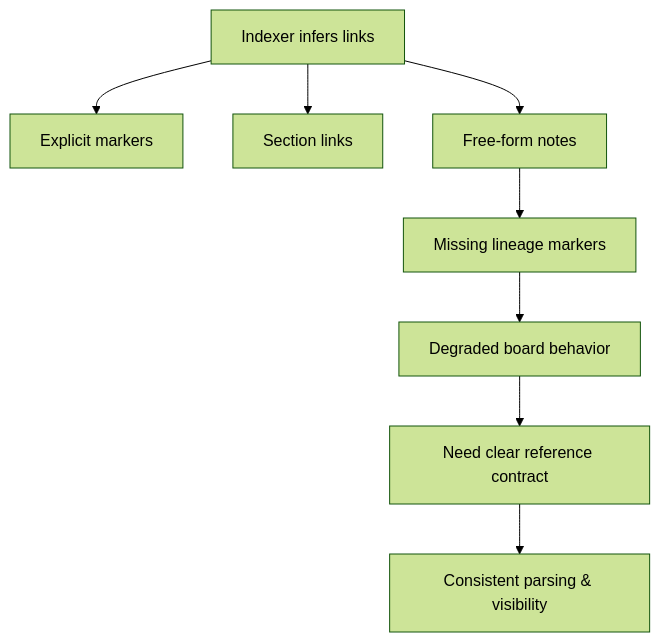
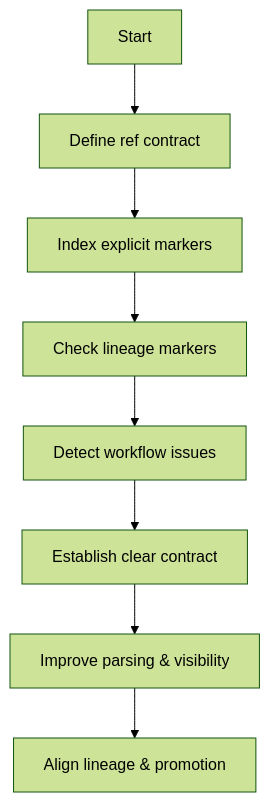
Before and after one commit to AlexAgo83/logics-manager: the diagram in logics/request/req_007_logics_references_compatibility_with_cdx_logics_vscode.md, drawn with Mermaid (forest theme). The commit also changed 19 other files, not shown here.

````diff
--- a/logics/request/req_007_logics_references_compatibility_with_cdx_logics_vscode.md
+++ b/logics/request/req_007_logics_references_compatibility_with_cdx_logics_vscode.md
@@ -10,12 +10,12 @@
 ```mermaid
 %% logics-kind: request
 %% logics-signature: request|logics-references-compatibility-with-cdx|make-logics-references-consistently-pars|ac1-a-documented-reference-contract-is
 flowchart TD
-  A[Indexer infers links] --> B[Explicit markers]
-  A --> C[Section links]
-  A --> D[Free-form notes]
-  D --> E[Missing lineage markers]
-  E --> F[Degraded board behavior]
-  F --> G[Need clear reference contract]
-  G --> H[Consistent parsing & visibility]
+    A[Start] --> B[Define ref contract]
+    B --> C[Index explicit markers]
+    C --> D[Check lineage markers]
+    D --> E[Detect workflow issues]
+    E --> F[Establish clear contract]
+    F --> G[Improve parsing & visibility]
+    G --> H[Align lineage & promotion]
 ```
````
